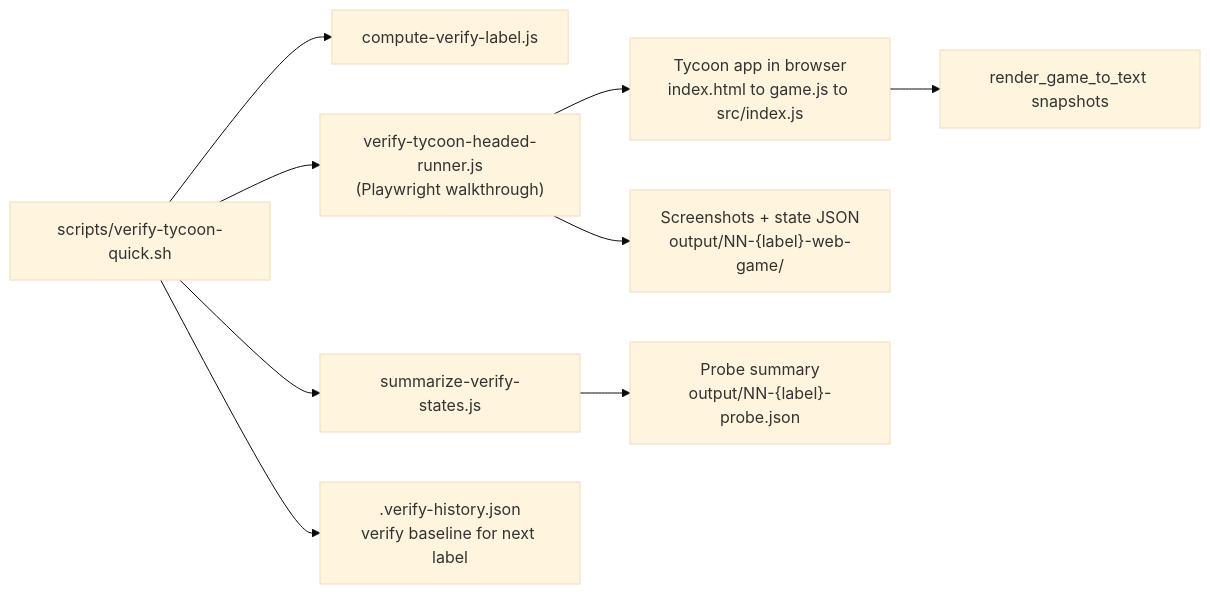
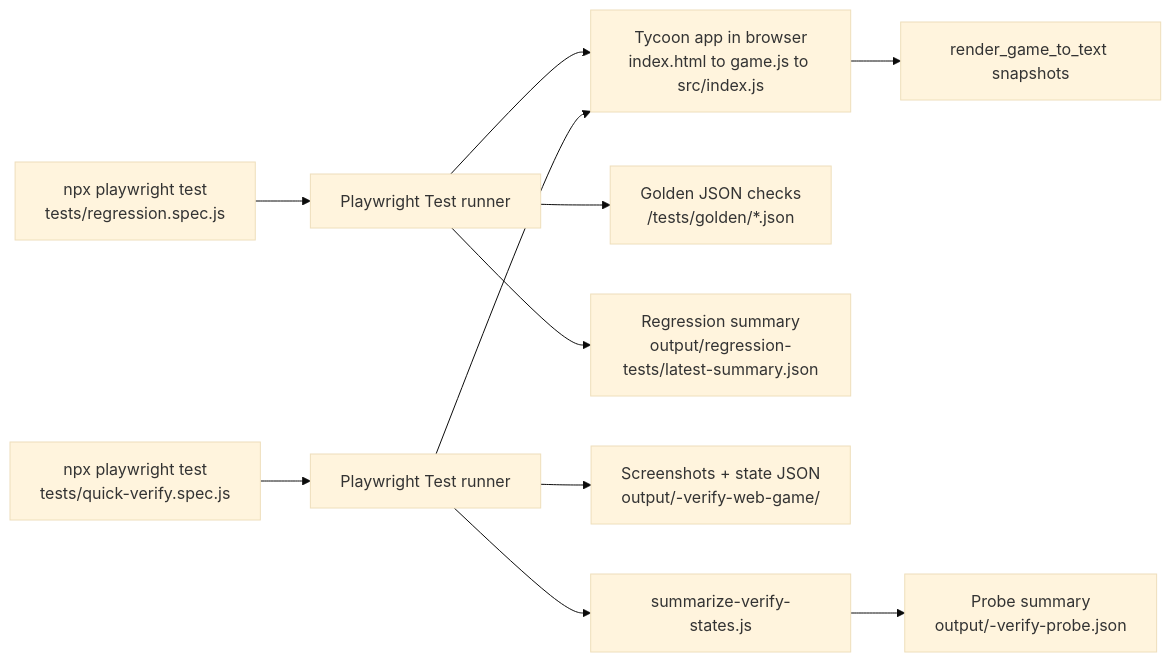
Before and after one commit to zkendall/MoGrassMoMoney: the second of 2 diagrams in tycoon-poc-text/SYSTEM-DESIGN.md, drawn with Mermaid (base theme). The commit also changed other lines of this file and 13 other files, not shown here.

Commit message:
Update Playwright test workflow

````diff
--- a/tycoon-poc-text/SYSTEM-DESIGN.md
+++ b/tycoon-poc-text/SYSTEM-DESIGN.md
@@ -30,11 +30,14 @@
 ```mermaid
 flowchart LR
-  VQ["scripts/verify-tycoon-quick.sh"] --> VL["compute-verify-label.js"]
-  VQ --> VR["verify-tycoon-headed-runner.js\n(Playwright walkthrough)"]
-  VR --> APP["Tycoon app in browser\nindex.html to game.js to src/index.js"]
+  T["npx playwright test\ntests/regression.spec.js"] --> PW["Playwright Test runner"]
+  PW --> APP["Tycoon app in browser\nindex.html to game.js to src/index.js"]
+  PW --> GS["Golden JSON checks\n/tests/golden/*.json"]
+  PW --> RS["Regression summary\noutput/regression-tests/latest-summary.json"]
+
+  Q["npx playwright test\ntests/quick-verify.spec.js"] --> QP["Playwright Test runner"]
+  QP --> APP
   APP --> TXT["render_game_to_text snapshots"]
-  VR --> SS["Screenshots + state JSON\noutput/NN-{label}-web-game/"]
-  VQ --> VS["summarize-verify-states.js"]
-  VS --> PR["Probe summary\noutput/NN-{label}-probe.json"]
-  VQ --> HIST[".verify-history.json\nverify baseline for next label"]
+  QP --> SS["Screenshots + state JSON\noutput/<timestamp>-verify-web-game/"]
+  QP --> VS["summarize-verify-states.js"]
+  VS --> PR["Probe summary\noutput/<timestamp>-verify-probe.json"]
 ```
````
